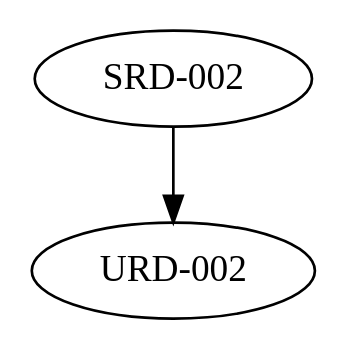
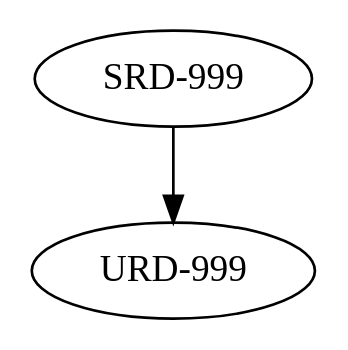
The diagram in archive/tsf/hand-on_lab_g1/.dotstop.dot (Zahhask45/Team04_DrivaPi), drawn with Graphviz before and after one commit. The commit also changed 8 other files, not shown here.

```diff
--- a/archive/tsf/hand-on_lab_g1/.dotstop.dot
+++ b/archive/tsf/hand-on_lab_g1/.dotstop.dot
@@ -1,8 +1,8 @@
 # This file is automatically generated by dotstop and should not be edited manually.
 # Generated using trustable 2025.9.16.
 
 digraph G {
-"URD-002" [sha="304f2edc20fde6b81e4382f8db9f8a29d0dd825ce6c910b9f06bf408c65ecdd1"];
-"SRD-002" [sha="19aff3798f3c12787be982251e185405661ec3cdaa2a6fb8090693173175998a"];
-"SRD-002" -> "URD-002" [sha="3a96070962dc7f098c9077b0ff07d22d087763d03c0393018cba899e074d7c2d"];
+"URD-999" [sha="304f2edc20fde6b81e4382f8db9f8a29d0dd825ce6c910b9f06bf408c65ecdd1"];
+"SRD-999" [sha="19aff3798f3c12787be982251e185405661ec3cdaa2a6fb8090693173175998a"];
+"SRD-999" -> "URD-999" [sha="3a96070962dc7f098c9077b0ff07d22d087763d03c0393018cba899e074d7c2d"];
 }
```
